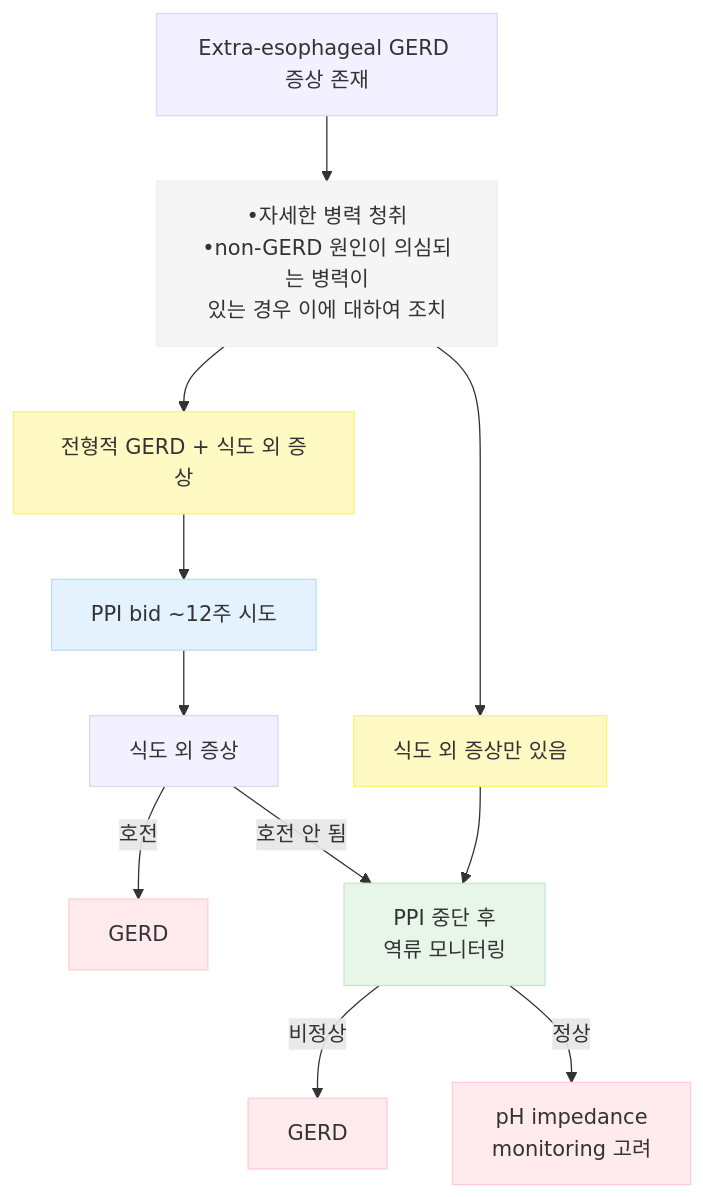
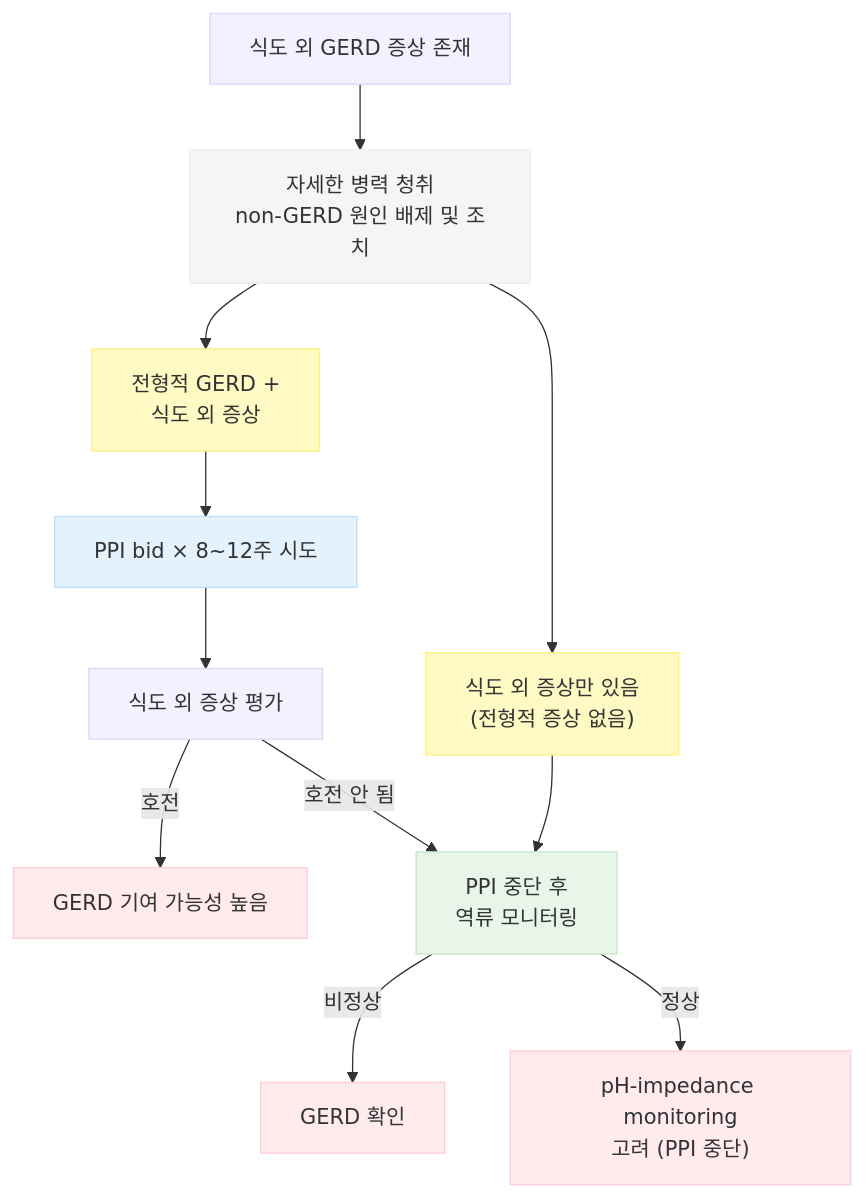
Before and after one commit to familyoh77/familyoh77: the second of 4 diagrams in 224_/081_-gerd.md, drawn with Mermaid. The commit also changed other lines of this file, not shown here.

````diff
--- a/224_/081_-gerd.md
+++ b/224_/081_-gerd.md
@@ -145,46 +193,43 @@
 ```mermaid
 graph TD
-    %% Nodes definition
-    Start["Extra-esophageal GERD 증상 존재"]
-    History["•자세한 병력 청취<br/>•non-GERD 원인이 의심되는 병력이<br/>있는 경우 이에 대하여 조치"]
-    
-    Typical["전형적 GERD + 식도 외 증상"]
-    Atypical["식도 외 증상만 있음"]
-    
-    PPI_Trial["PPI bid ~12주 시도"]
-    Symptoms_Check["식도 외 증상"]
-    
+    Start["식도 외 GERD 증상 존재"]
+    History["자세한 병력 청취<br/>non-GERD 원인 배제 및 조치"]
+
+    Typical["전형적 GERD +<br/>식도 외 증상"]
+    Atypical["식도 외 증상만 있음<br/>(전형적 증상 없음)"]
+
+    PPI_Trial["PPI bid × 8~12주 시도"]
+    Symptoms_Check["식도 외 증상 평가"]
+
     Monitoring["PPI 중단 후<br/>역류 모니터링"]
-    
-    GERD_Confirm1["GERD"]
-    GERD_Confirm2["GERD"]
-    Impedance["pH impedance<br/>monitoring 고려"]
 
-    %% Connections
+    GERD_Confirm1["GERD 기여 가능성 높음"]
+    GERD_Confirm2["GERD 확인"]
+    Impedance["pH-impedance monitoring<br/>고려 (PPI 중단)"]
+
     Start --> History
     History --> Typical
     History --> Atypical
-    
+
     Typical --> PPI_Trial
     PPI_Trial --> Symptoms_Check
-    
+
     Symptoms_Check -- "호전" --> GERD_Confirm1
     Symptoms_Check -- "호전 안 됨" --> Monitoring
-    
+
     Atypical --> Monitoring
-    
+
     Monitoring -- "비정상" --> GERD_Confirm2
     Monitoring -- "정상" --> Impedance
 
-    %% Styling
     style Start fill:#f3f0ff,stroke:#dcd6f7
     style History fill:#f5f5f5,stroke:#eeeeee
     style Typical fill:#fff9c4,stroke:#fff176
     style Atypical fill:#fff9c4,stroke:#fff176
     style PPI_Trial fill:#e3f2fd,stroke:#bbdefb
     style Symptoms_Check fill:#f3f0ff,stroke:#dcd6f7
     style Monitoring fill:#e8f5e9,stroke:#c8e6c9
     style GERD_Confirm1 fill:#ffebee,stroke:#ffcdd2
     style GERD_Confirm2 fill:#ffebee,stroke:#ffcdd2
     style Impedance fill:#ffebee,stroke:#ffcdd2
 ```
````
